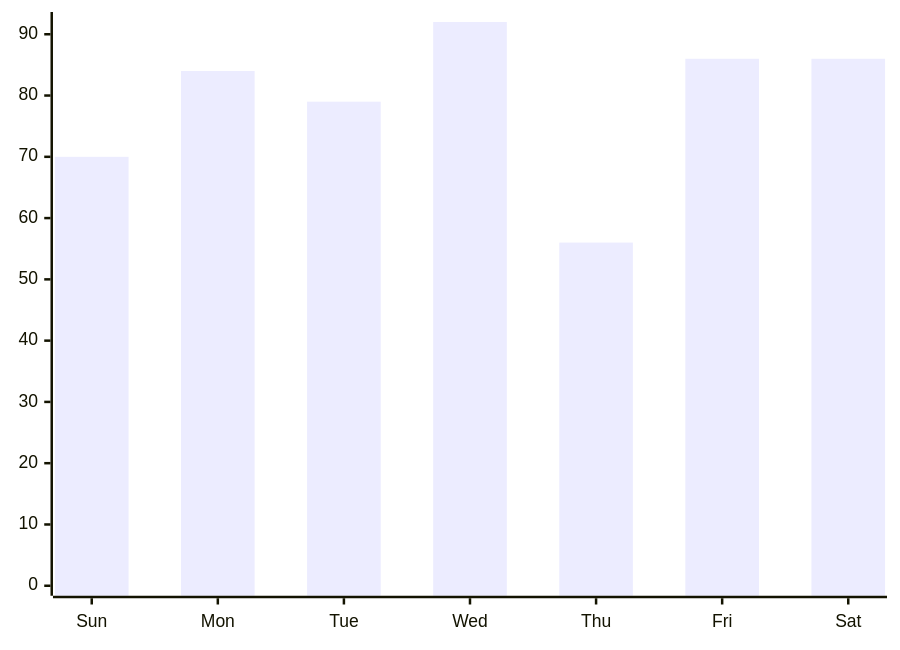
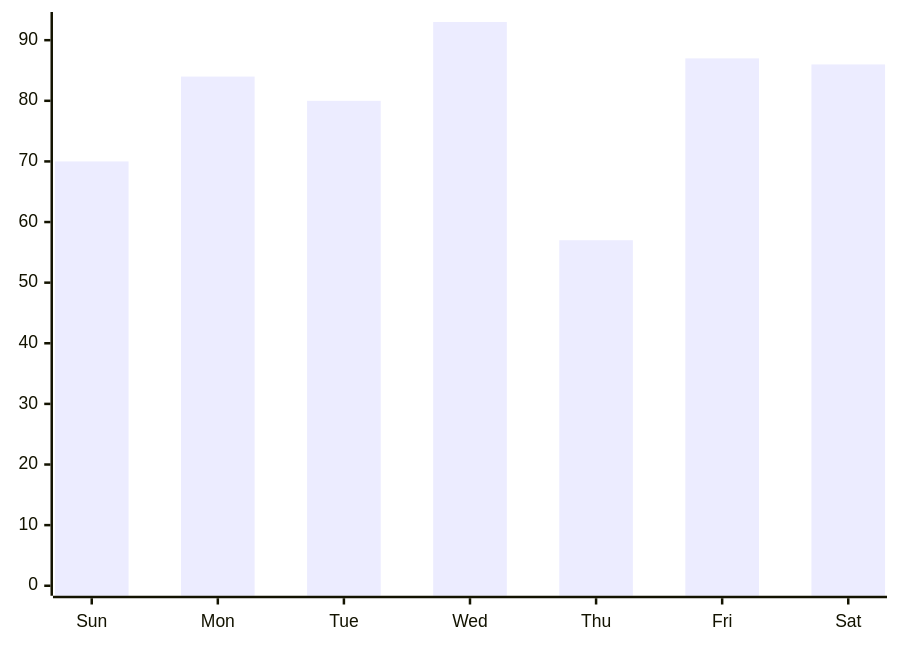
One commit to austrellum/navigator changed the fourth of 4 diagrams in index.stats.md. Above: the diagram before and after it, drawn with Mermaid. The commit also changed other lines of this file and 7 other files, not shown here.

````diff
--- a/index.stats.md
+++ b/index.stats.md
@@ -40,6 +40,6 @@
 ```mermaid
 xychart-beta
   x-axis ["Sun","Mon","Tue","Wed","Thu","Fri","Sat"]
-  y-axis 0 --> 92
-  bar [70,84,79,92,56,86,86]
+  y-axis 0 --> 93
+  bar [70,84,80,93,57,87,86]
 ```
````
